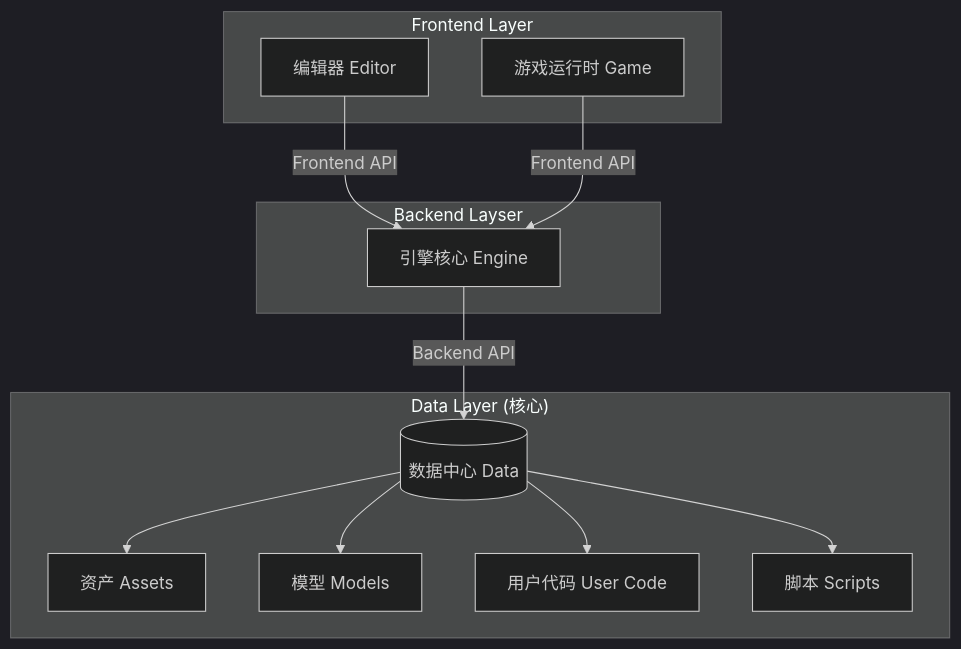
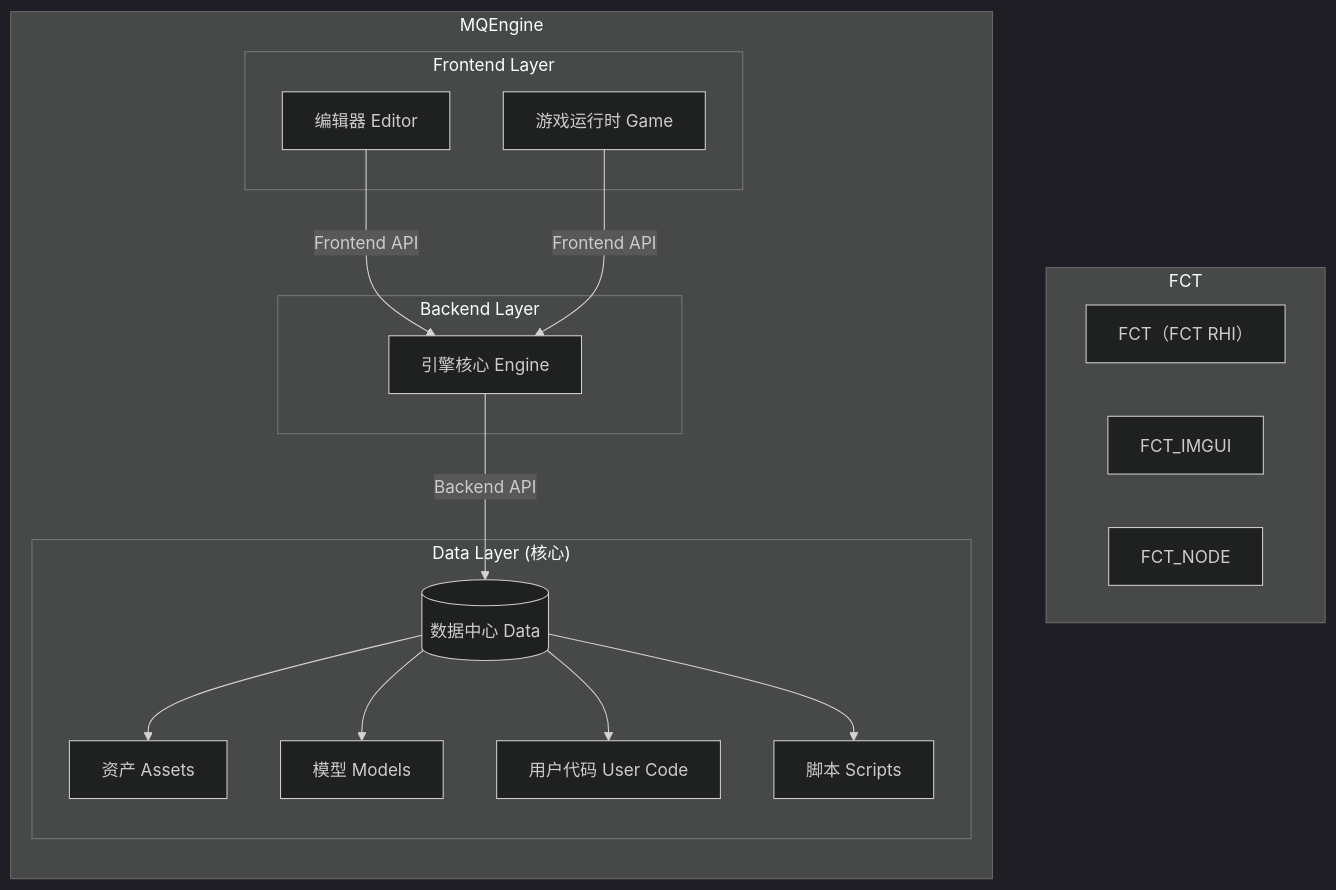
Before and after one commit to MaaBlock/MQEngine: the diagram in docs/document/contributing/development/engine-architecture.md, drawn with Mermaid (dark theme).

Commit message:
更新文档

````diff
--- a/docs/document/contributing/development/engine-architecture.md
+++ b/docs/document/contributing/development/engine-architecture.md
@@ -6,28 +6,41 @@
 ```mermaid
-graph TD
-subgraph "Frontend Layer"
-Editor[编辑器 Editor]
-Game[游戏运行时 Game]
-end
+graph TB
 
-    subgraph "Backend Layser"
-        Engine[引擎核心 Engine]
+    subgraph "FCT"
+        direction LR
+        FCT_RHI[FCT（FCT RHI）]
+        FCT_IMGUI
+        FCT_NODE
     end
+    
+    subgraph "MQEngine"
+        direction TB
+        subgraph "Frontend Layer"
+            Editor[编辑器 Editor]
+            Game[游戏运行时 Game]
+        end
 
-    subgraph "Data Layer (核心)"
-        Data[(数据中心 Data)]
-        Assets[资产 Assets]
-        Models[模型 Models]
-        UserCode[用户代码 User Code]
-        Scripts[脚本 Scripts]
+        subgraph "Backend Layer"
+            Engine[引擎核心 Engine]
+        end
+
+        subgraph "Data Layer (核心)"
+            Data[(数据中心 Data)]
+            Assets[资产 Assets]
+            Models[模型 Models]
+            UserCode[用户代码 User Code]
+            Scripts[脚本 Scripts]
+        end
+
+        Editor -->|Frontend API| Engine
+        Game -->|Frontend API| Engine
+        Engine -->|Backend API| Data
+
+        Data --> Assets
+        Data --> Models
+        Data --> UserCode
+        Data --> Scripts
     end
+    
 
-    Editor -->|Frontend API| Engine
-    Game -->|Frontend API| Engine
-    Engine -->|Backend API| Data
-
-    Data --> Assets
-    Data --> Models
-    Data --> UserCode
-    Data --> Scripts
 ```
````
